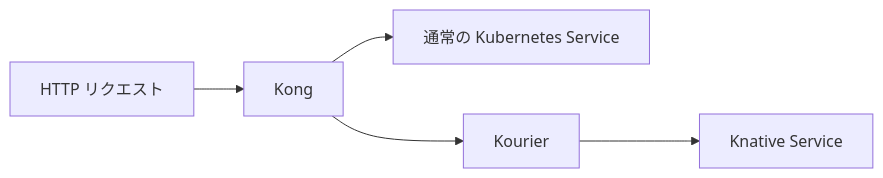
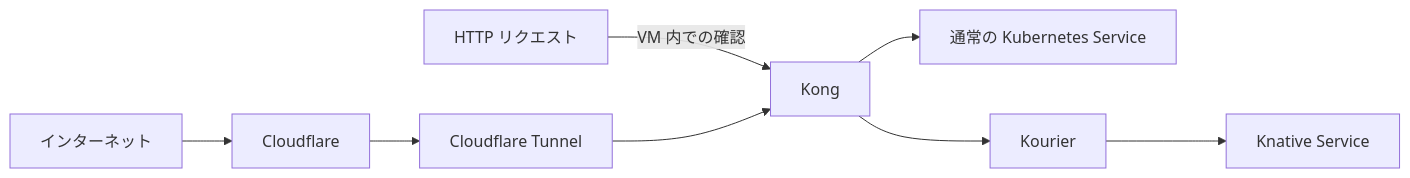
One commit to sasano8/infra-kubernetes changed the diagram in README.md. Above: the diagram before and after it, drawn with Mermaid. The commit also changed other lines of this file and 1 other file, not shown here.

Commit message:
docs: add Cloudflare Tunnel publication steps

````diff
--- a/README.md
+++ b/README.md
@@ -5,6 +5,7 @@
 ```mermaid
 flowchart LR
-    HTTP[HTTP リクエスト] --> Kong
+    HTTP[HTTP リクエスト] -->|VM 内での確認| Kong
+    Internet[インターネット] --> Cloudflare --> Tunnel[Cloudflare Tunnel] --> Kong
     Kong --> Service[通常の Kubernetes Service]
     Kong --> Kourier --> Knative[Knative Service]
 ```
````
